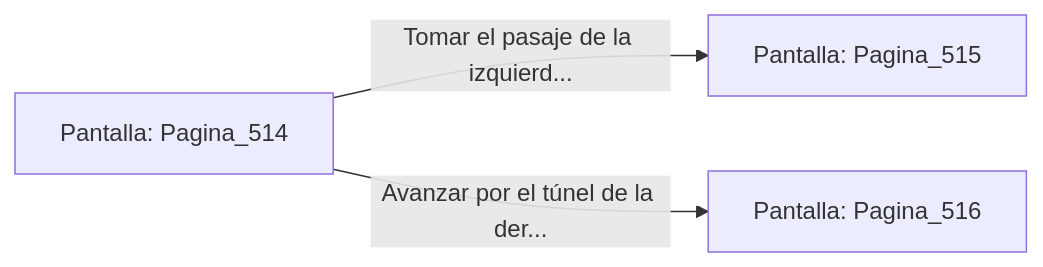
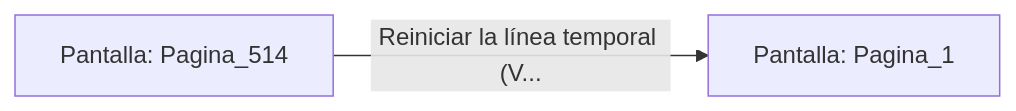
One commit to metsuke/mpl changed the diagram in sample/eligejuego-vault/Pantalla_Pagina_514.md. Above: the diagram before and after it, drawn with Mermaid. The commit also changed other lines of this file and 635 other files, not shown here.

First line of the commit message:
fix: añadir Pagina_1 como pantalla inicial en capitulo_01.mpl

````diff
--- a/sample/eligejuego-vault/Pantalla_Pagina_514.md
+++ b/sample/eligejuego-vault/Pantalla_Pagina_514.md
@@ -20,6 +17,5 @@
 ```mermaid
 graph LR
     P_Pagina_514["Pantalla: Pagina_514"]
-    P_Pagina_514 -->|"Tomar el pasaje de la izquierd..."| P_Pagina_515["Pantalla: Pagina_515"]
-    P_Pagina_514 -->|"Avanzar por el túnel de la der..."| P_Pagina_516["Pantalla: Pagina_516"]
+    P_Pagina_514 -->|"Reiniciar la línea temporal (V..."| P_Pagina_1["Pantalla: Pagina_1"]
 ```
````
